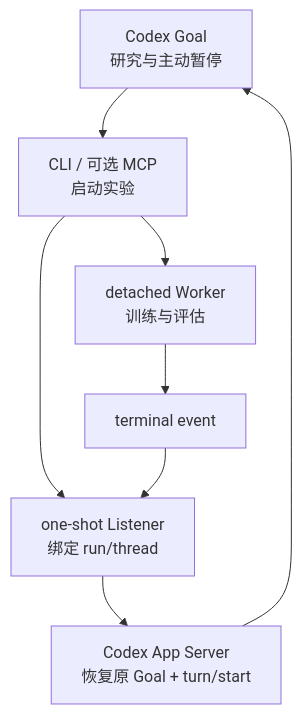
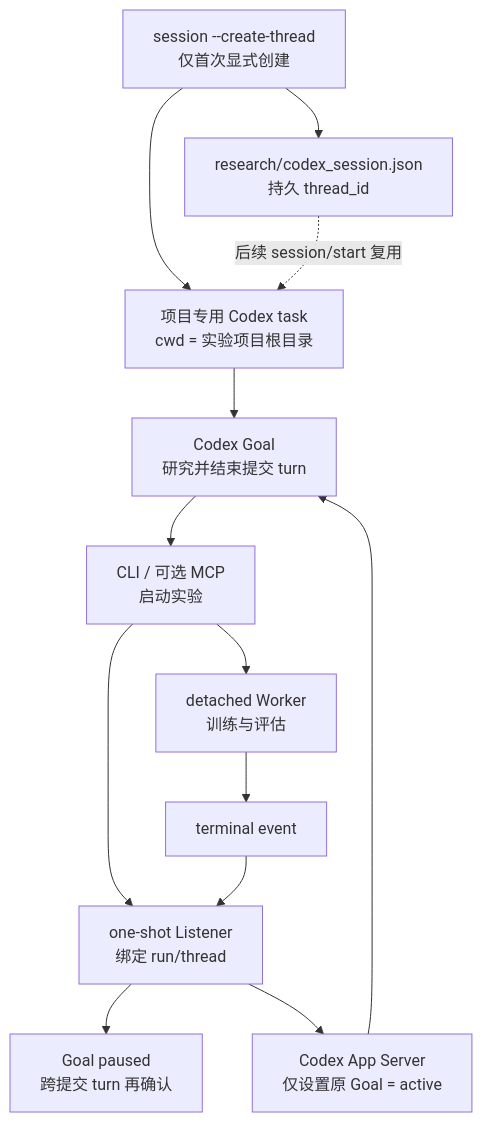
Before and after one commit to dollarser/codex-auto-research: the first of 2 diagrams in README.md, drawn with Mermaid. The commit also changed other lines of this file and 21 other files, not shown here.

````diff
--- a/README.md
+++ b/README.md
@@ -24,10 +24,15 @@
 ```mermaid
 flowchart TD
-    G["Codex Goal<br/>研究与主动暂停"] --> S["CLI / 可选 MCP<br/>启动实验"]
+    SB["session --create-thread<br/>仅首次显式创建"] --> D["项目专用 Codex task<br/>cwd = 实验项目根目录"]
+    D --> G["Codex Goal<br/>研究并结束提交 turn"]
+    SB --> F["research/codex_session.json<br/>持久 thread_id"]
+    F -.->|"后续 session/start 复用"| D
+    G --> S["CLI / 可选 MCP<br/>启动实验"]
     S --> W["detached Worker<br/>训练与评估"]
     S --> L["one-shot Listener<br/>绑定 run/thread"]
+    L --> GP["Goal paused<br/>跨提交 turn 再确认"]
     W --> E["terminal event"]
     E --> L
-    L --> A["Codex App Server<br/>恢复原 Goal + turn/start"]
+    L --> A["Codex App Server<br/>仅设置原 Goal = active"]
     A --> G
 ```
````
